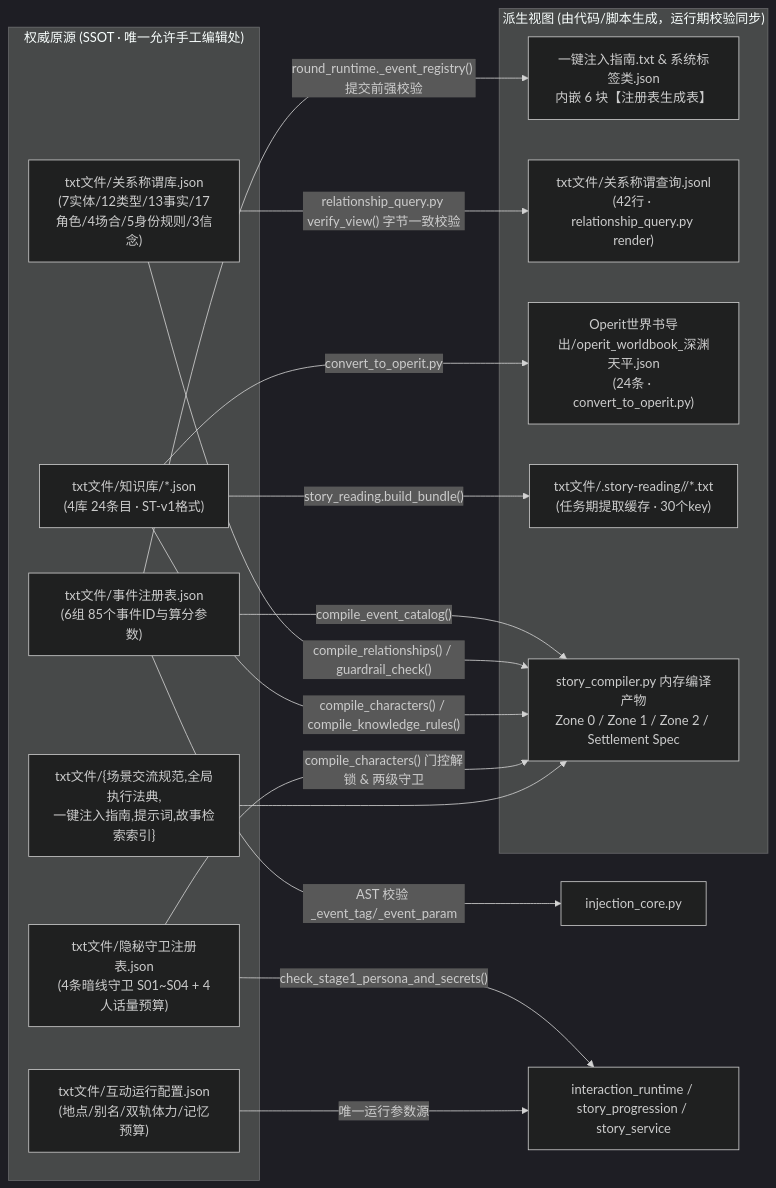
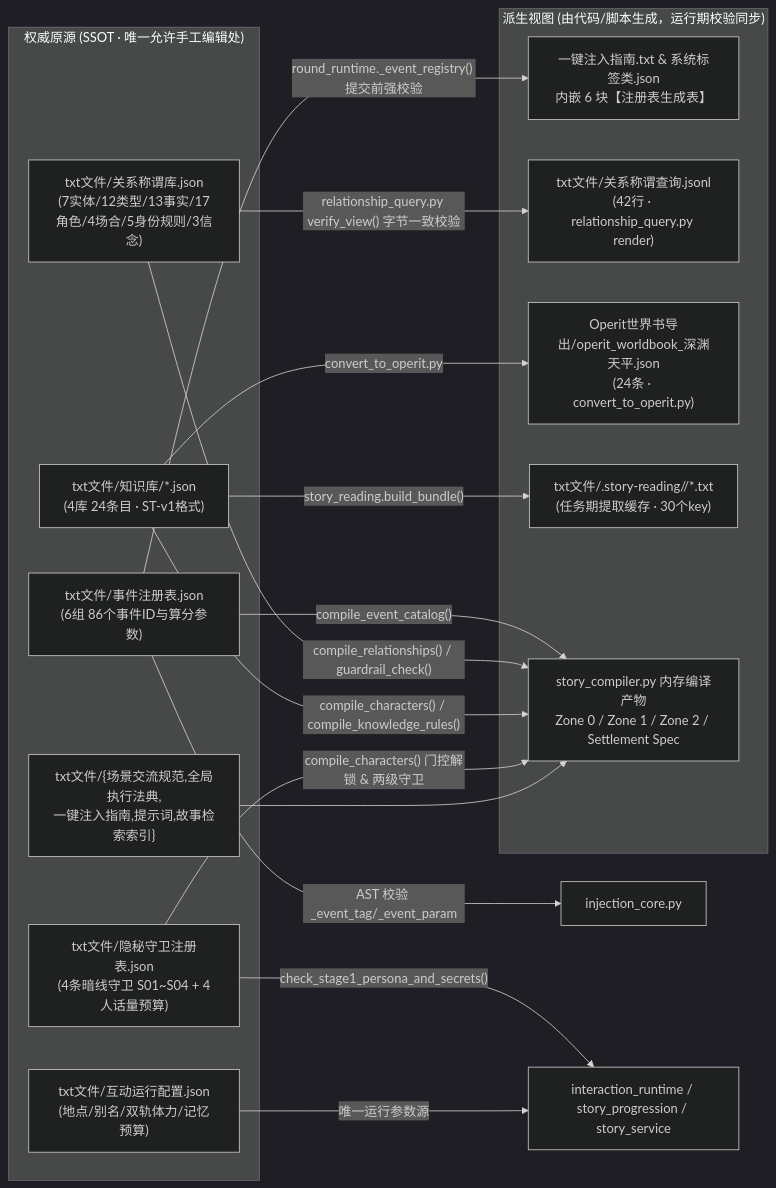
Before and after one commit to yimisunan/huan-yi: the diagram in 开发者功能/开发者说明/07_数据模型_SSOT与文件格式规范.md, drawn with Mermaid (dark theme). The commit also changed other lines of this file and 15 other files, not shown here.

````diff
--- a/开发者功能/开发者说明/07_数据模型_SSOT与文件格式规范.md
+++ b/开发者功能/开发者说明/07_数据模型_SSOT与文件格式规范.md
@@ -11,32 +11,32 @@
 ```mermaid
 flowchart LR
     subgraph Sources["权威原源 (SSOT · 唯一允许手工编辑处)"]
         CFG["txt文件/互动运行配置.json\n(地点/别名/双轨体力/记忆预算)"]
-        EVT["txt文件/事件注册表.json\n(6组 85个事件ID与算分参数)"]
+        EVT["txt文件/事件注册表.json\n(6组 86个事件ID与算分参数)"]
         REL["txt文件/关系称谓库.json\n(7实体/12类型/13事实/17角色/4场合/5身份规则/3信念)"]
         KB["txt文件/知识库/*.json\n(4库 24条目 · ST-v1格式)"]
         SEC["txt文件/隐秘守卫注册表.json\n(4条暗线守卫 S01~S04 + 4人话量预算)"]
         RULES["txt文件/{场景交流规范,全局执行法典,\n一键注入指南,提示词,故事检索索引}"]
     end
 
     subgraph Derived["派生视图 (由代码/脚本生成，运行期校验同步)"]
         GUIDE_TBL["一键注入指南.txt & 系统标签类.json\n内嵌 6 块【注册表生成表】"]
         REL_JSONL["txt文件/关系称谓查询.jsonl\n(42行 · relationship_query.py render)"]
         OP_WB["Operit世界书导出/operit_worldbook_深渊天平.json\n(24条 · convert_to_operit.py)"]
         SR_CACHE["txt文件/.story-reading/<nonce>/*.txt\n(任务期提取缓存 · 30个key)"]
         ZONES["story_compiler.py 内存编译产物\nZone 0 / Zone 1 / Zone 2 / Settlement Spec"]
     end
 
     EVT -->|"round_runtime._event_registry() 提交前强校验"| GUIDE_TBL
     EVT -->|"AST 校验 _event_tag/_event_param"| IC["injection_core.py"]
     EVT -->|"compile_event_catalog()"| ZONES
     REL -->|"relationship_query.py verify_view() 字节一致校验"| REL_JSONL
     REL -->|"compile_relationships() / guardrail_check()"| ZONES
     KB -->|"convert_to_operit.py"| OP_WB
     KB -->|"story_reading.build_bundle()"| SR_CACHE
     KB -->|"compile_characters() / compile_knowledge_rules()"| ZONES
     SEC -->|"compile_characters() 门控解锁 & 两级守卫"| ZONES
     SEC -->|"check_stage1_persona_and_secrets()"| RT
     RULES --> ZONES
     CFG -->|"唯一运行参数源"| RT["interaction_runtime / story_progression / story_service"]
 ```
````
